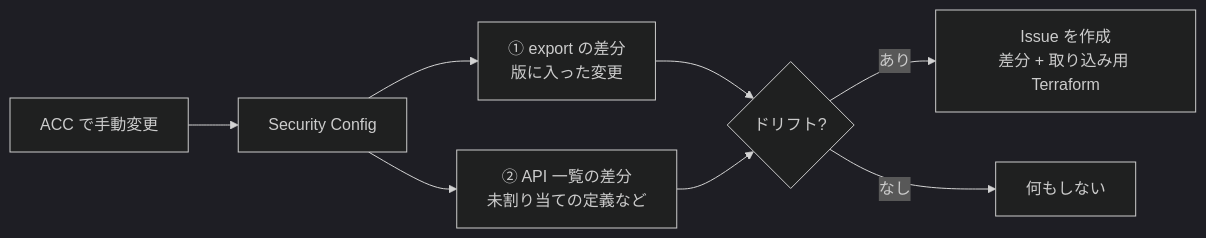
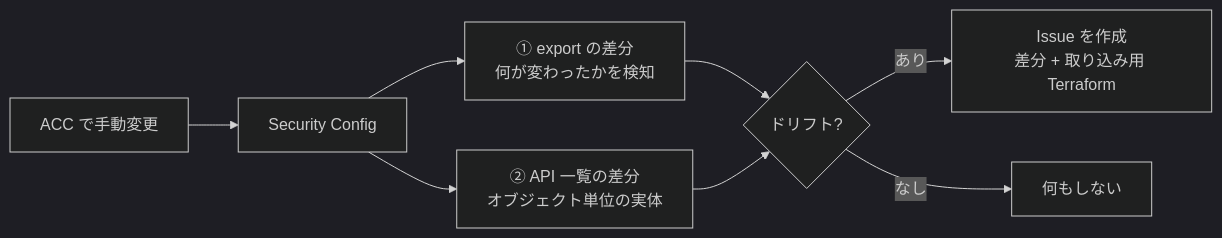
The diagram in README.md (isss802/appsec-driftguard-template), drawn with Mermaid (dark theme) before and after one commit. The commit also changed other lines of this file and 2 other files, not shown here.

````diff
--- a/README.md
+++ b/README.md
@@ -19,10 +19,10 @@
 ```mermaid
 flowchart LR
   ACC[ACC で手動変更] --> CFG[Security Config]
-  CFG --> D1[① export の差分<br/>版に入った変更]
-  CFG --> D2[② API 一覧の差分<br/>未割り当ての定義など]
+  CFG --> D1[① export の差分<br/>何が変わったかを検知]
+  CFG --> D2[② API 一覧の差分<br/>オブジェクト単位の実体]
   D1 --> J{ドリフト?}
   D2 --> J
   J -- あり --> ISSUE[Issue を作成<br/>差分 + 取り込み用 Terraform]
   J -- なし --> NOOP[何もしない]
 ```
````
